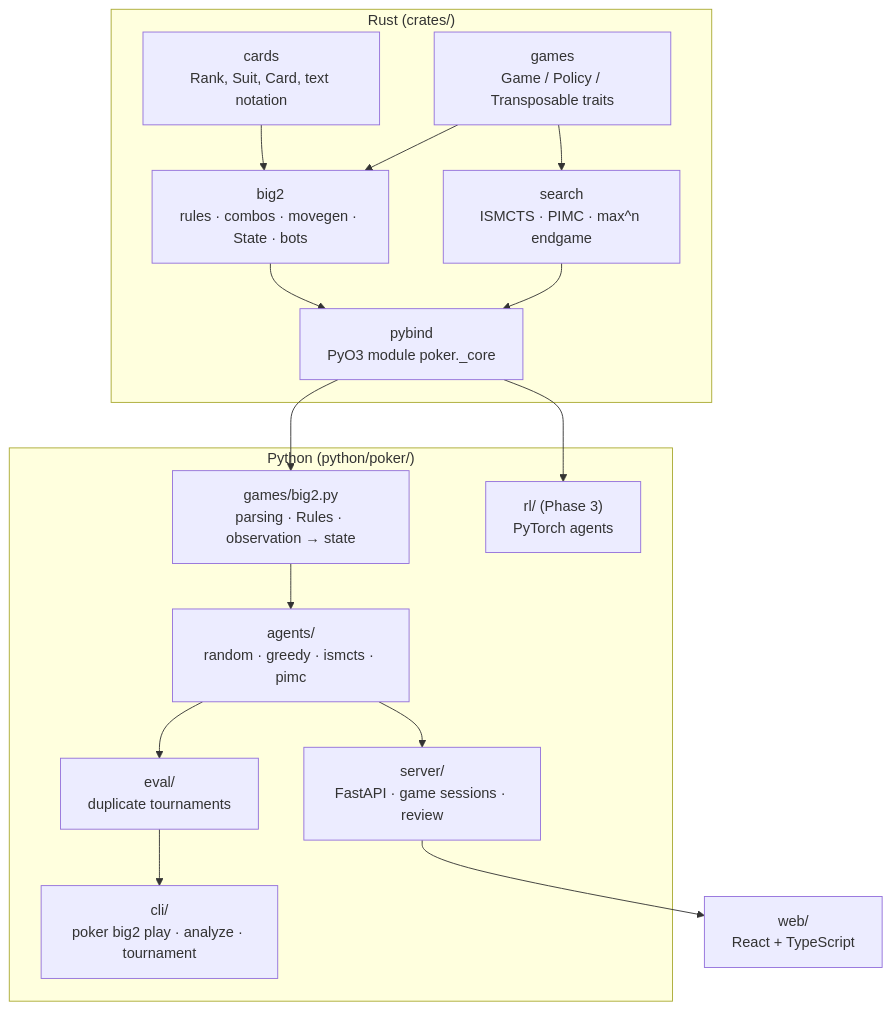
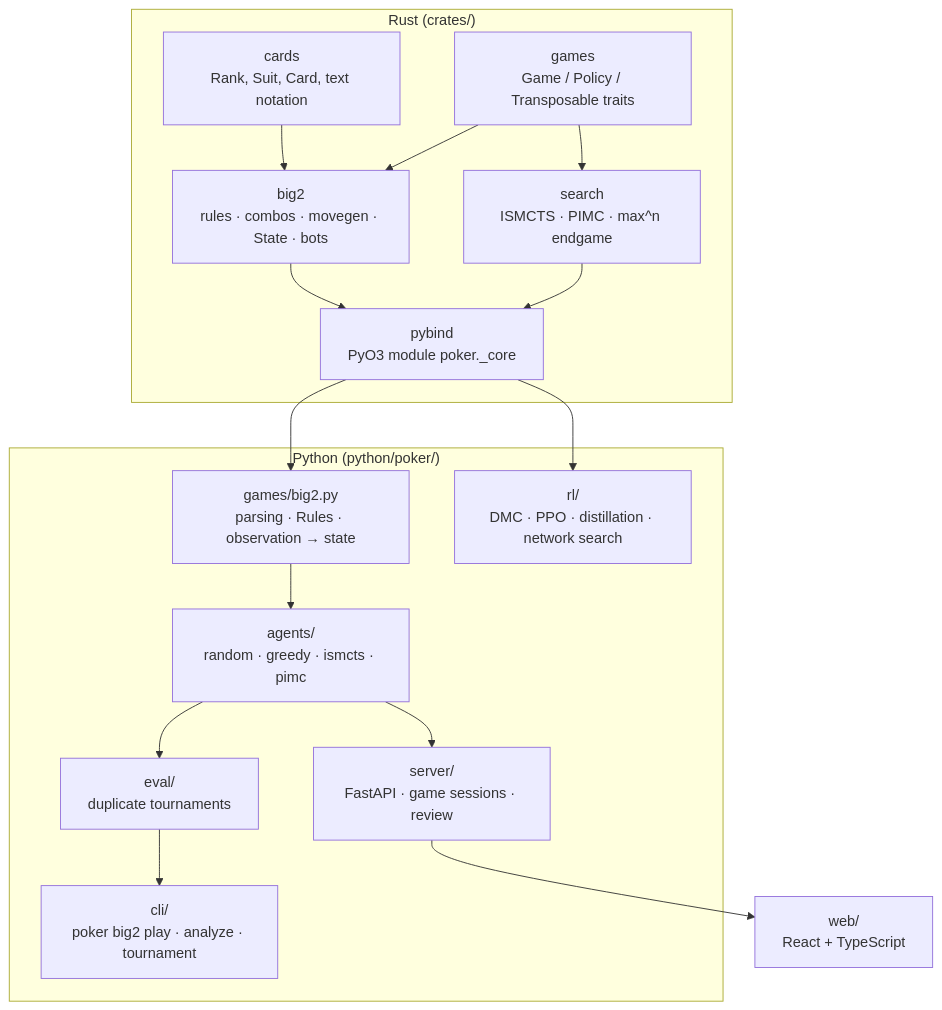
The diagram in docs/architecture.md (bpy13/big2), drawn with Mermaid before and after one commit. The commit also changed 11 other files, not shown here.

First line of the commit message:
Add Phase 3 results; ship the distilled network for the web UI

````diff
--- a/docs/architecture.md
+++ b/docs/architecture.md
@@ -3,27 +3,27 @@
 ```mermaid
 flowchart TB
     subgraph rust["Rust (crates/)"]
         cards["cards<br/>Rank, Suit, Card, text notation"]
         games["games<br/>Game / Policy / Transposable traits"]
         big2["big2<br/>rules · combos · movegen · State · bots"]
         search["search<br/>ISMCTS · PIMC · max^n endgame"]
         pybind["pybind<br/>PyO3 module poker._core"]
         cards --> big2
         games --> big2
         games --> search
         big2 --> pybind
         search --> pybind
     end
     subgraph py["Python (python/poker/)"]
         helpers["games/big2.py<br/>parsing · Rules · observation → state"]
         agents["agents/<br/>random · greedy · ismcts · pimc"]
         evalm["eval/<br/>duplicate tournaments"]
         cli["cli/<br/>poker big2 play · analyze · tournament"]
         server["server/<br/>FastAPI · game sessions · review"]
-        rl["rl/ (Phase 3)<br/>PyTorch agents"]
+        rl["rl/<br/>DMC · PPO · distillation · network search"]
     end
     web["web/<br/>React + TypeScript"]
     pybind --> helpers --> agents --> evalm --> cli
     agents --> server --> web
     pybind --> rl
 ```
````
